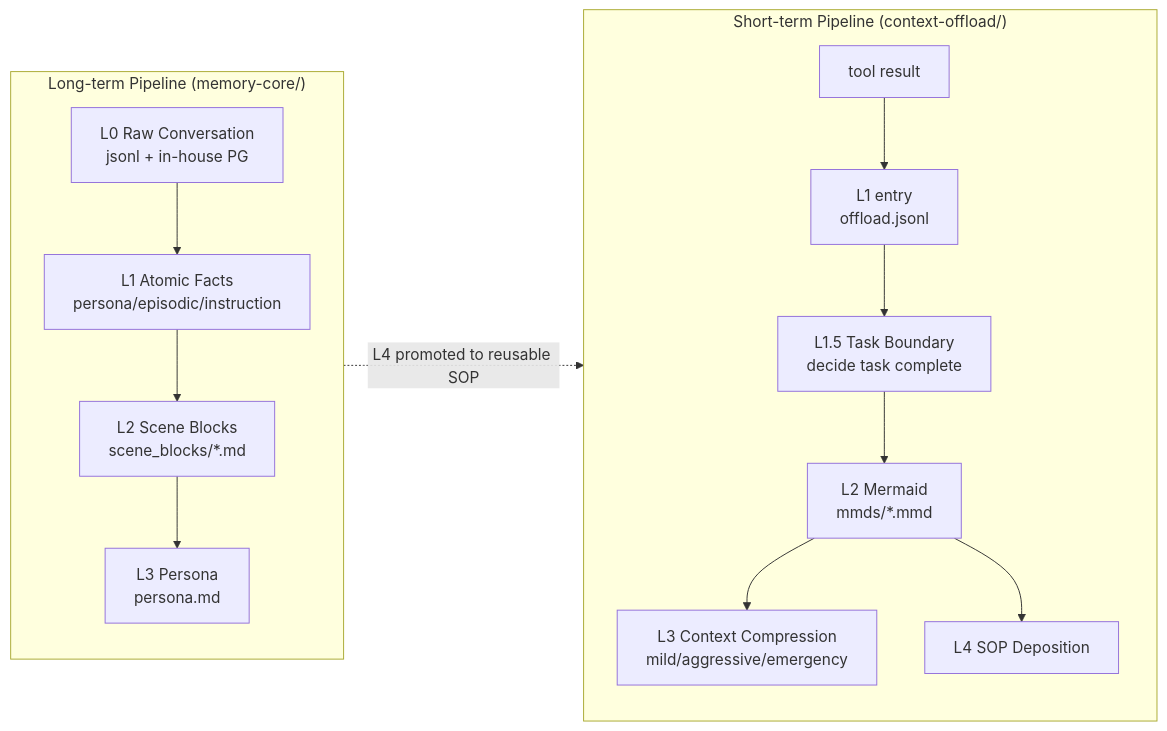
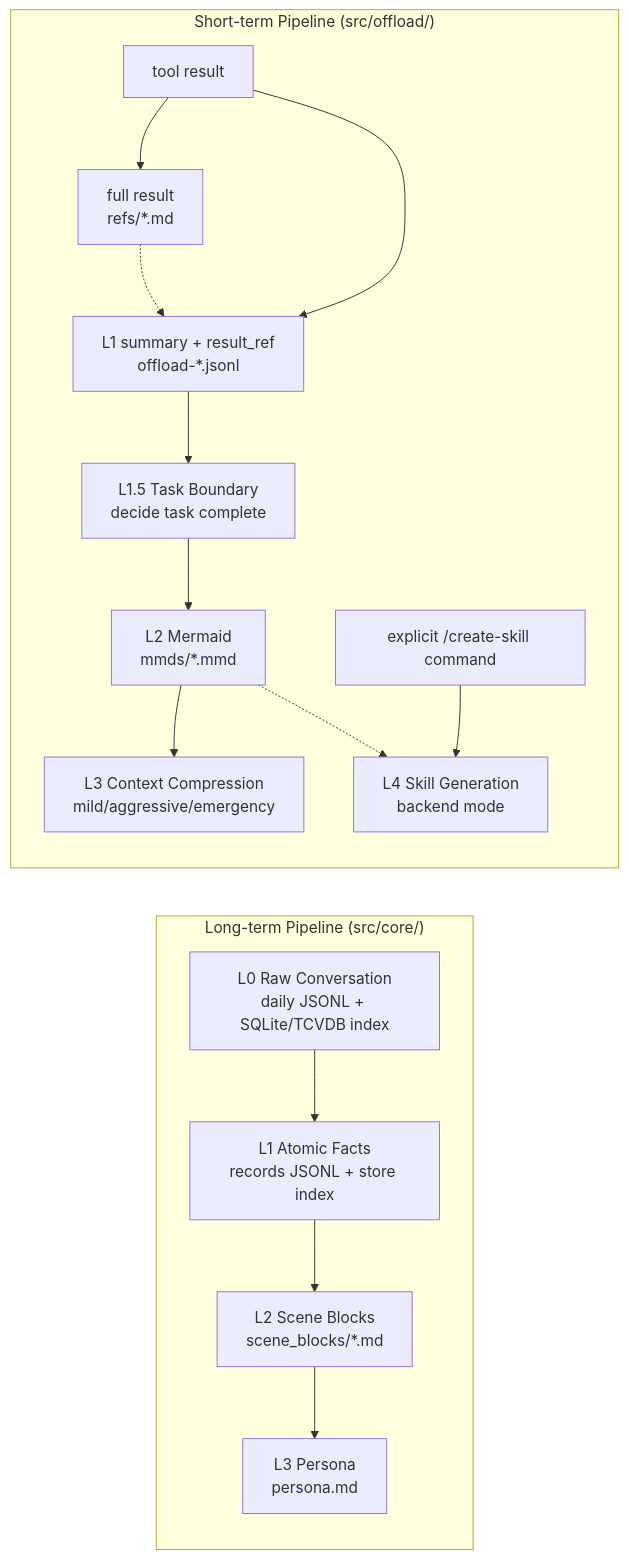
One commit to PorunC/interview changed the first of 6 diagrams in 问题/05-英文面试/Agent-Memory-专项面试深挖-英文.md. Above: the diagram before and after it, drawn with Mermaid. The commit also changed other lines of this file and 27 other files, not shown here.

````diff
--- a/问题/05-英文面试/Agent-Memory-专项面试深挖-英文.md
+++ b/问题/05-英文面试/Agent-Memory-专项面试深挖-英文.md
@@ -84,16 +79,18 @@
 ```mermaid
 flowchart LR
-    subgraph long["Long-term Pipeline (memory-core/)"]
-        L0a["L0 Raw Conversation<br/>jsonl + in-house PG"] --> L1a["L1 Atomic Facts<br/>persona/episodic/instruction"]
+    subgraph long["Long-term Pipeline (src/core/)"]
+        L0a["L0 Raw Conversation<br/>daily JSONL + SQLite/TCVDB index"] --> L1a["L1 Atomic Facts<br/>records JSONL + store index"]
         L1a --> L2a["L2 Scene Blocks<br/>scene_blocks/*.md"]
         L2a --> L3a["L3 Persona<br/>persona.md"]
     end
-    subgraph short["Short-term Pipeline (context-offload/)"]
-        Tool["tool result"] --> L1b["L1 entry<br/>offload.jsonl"]
+    subgraph short["Short-term Pipeline (src/offload/)"]
+        Tool["tool result"] --> Ref["full result<br/>refs/*.md"]
+        Tool --> L1b["L1 summary + result_ref<br/>offload-*.jsonl"]
+        Ref -.-> L1b
         L1b --> L15["L1.5 Task Boundary<br/>decide task complete"]
         L15 --> L2b["L2 Mermaid<br/>mmds/*.mmd"]
         L2b --> L3b["L3 Context Compression<br/>mild/aggressive/emergency"]
-        L2b --> L4b["L4 SOP Deposition"]
+        Cmd["explicit /create-skill command"] --> L4b["L4 Skill Generation<br/>backend mode"]
+        L2b -.-> L4b
     end
-    long -.->|"L4 promoted to reusable SOP"| short
 ```
````
